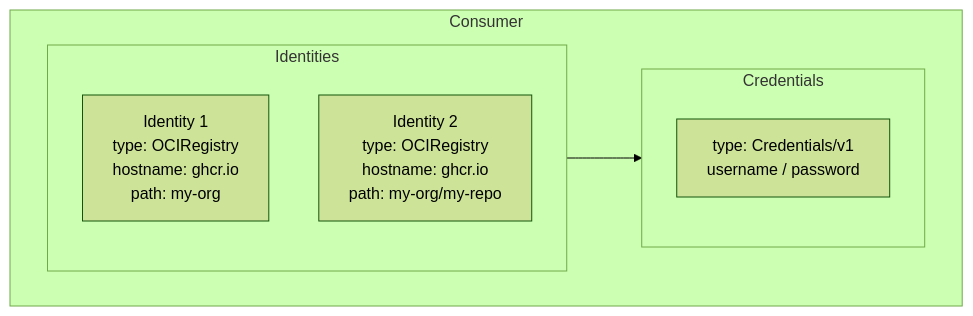
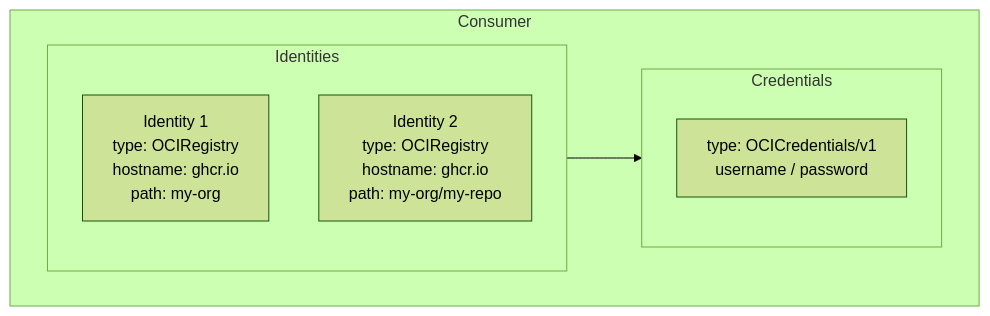
Before and after one commit to open-component-model/open-component-model: the first of 2 diagrams in website/content/docs/concepts/credential-system.md, drawn with Mermaid (forest theme). The commit also changed other lines of this file and 7 other files, not shown here.

````diff
--- a/website/content/docs/concepts/credential-system.md
+++ b/website/content/docs/concepts/credential-system.md
@@ -23,14 +23,14 @@
 ```mermaid
 flowchart TB
     subgraph consumer ["Consumer"]
         direction LR
         subgraph identities ["Identities"]
             id1["Identity 1<br>type: OCIRegistry<br>hostname: ghcr.io<br>path: my-org"]
             id2["Identity 2<br>type: OCIRegistry<br>hostname: ghcr.io<br>path: my-org/my-repo"]
         end
         subgraph credentials ["Credentials"]
-            cred["type: Credentials/v1<br>username / password"]
+            cred["type: OCICredentials/v1<br>username / password"]
         end
         identities --> credentials
     end
 ```
````
